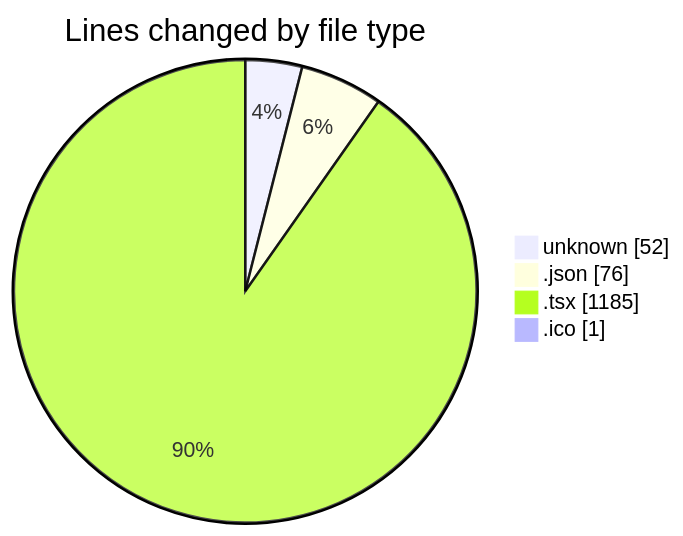
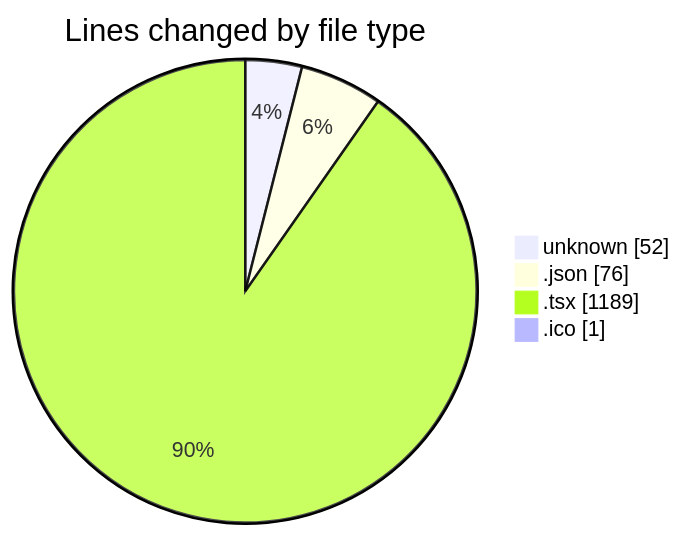
The first of 2 diagrams in 2025-06-28/navtech/README.md (JenPaints/code-tracking), drawn with Mermaid before and after one commit. The commit also changed other lines of this file and 1 other file, not shown here.

````diff
--- a/2025-06-28/navtech/README.md
+++ b/2025-06-28/navtech/README.md
@@ -28,8 +28,8 @@
 ```mermaid
 pie showData
 title Lines changed by file type
 "unknown" : 52
 ".json" : 76
-".tsx" : 1185
+".tsx" : 1189
 ".ico" : 1
 ```
````
